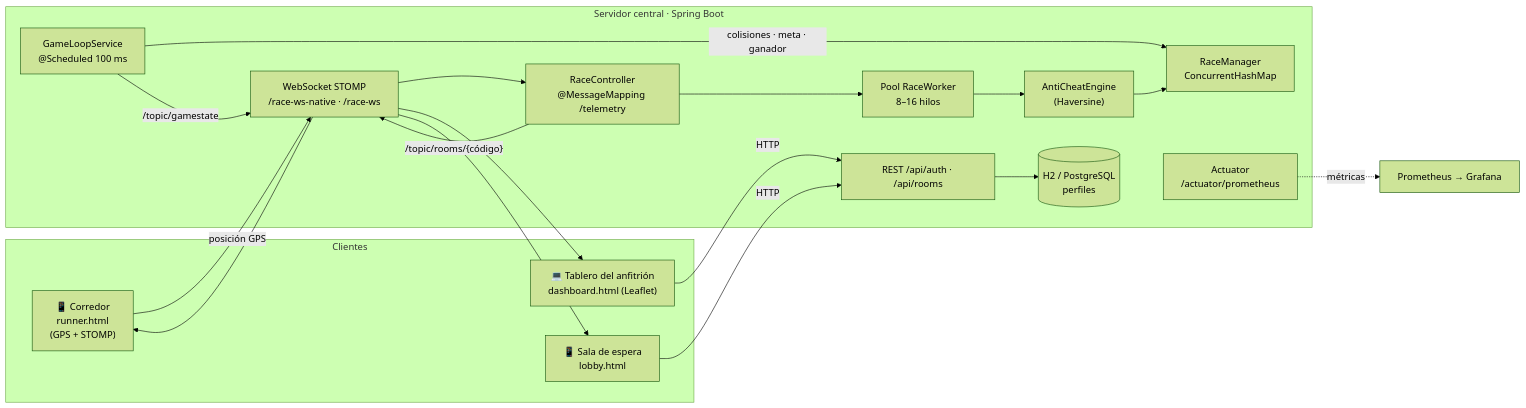
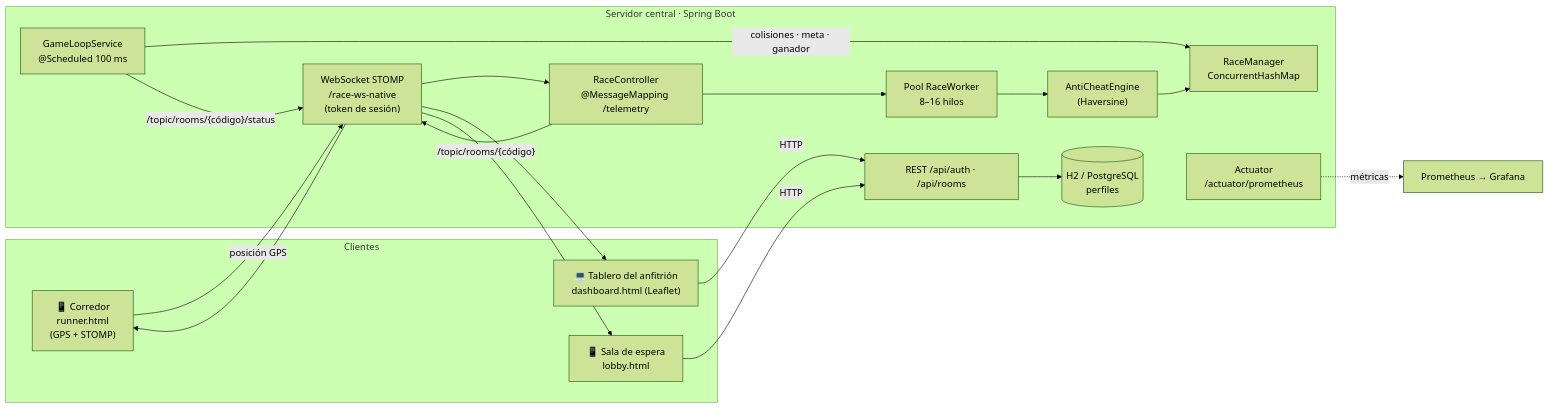
One commit to Cristian-Aristi/ECIRace_Go_The_Colombian_Race_Competence_is_Here changed the first of 2 diagrams in README.md. Above: the diagram before and after it, drawn with Mermaid (forest theme). The commit also changed other lines of this file and 41 other files, not shown here.

````diff
--- a/README.md
+++ b/README.md
@@ -83,28 +84,28 @@
 ```mermaid
 flowchart LR
     subgraph Clientes
         R["📱 Corredor<br/>runner.html<br/>(GPS + STOMP)"]
         L["📱 Sala de espera<br/>lobby.html"]
         D["💻 Tablero del anfitrión<br/>dashboard.html (Leaflet)"]
     end
 
     subgraph Servidor["Servidor central · Spring Boot"]
-        WS["WebSocket STOMP<br/>/race-ws-native · /race-ws"]
+        WS["WebSocket STOMP<br/>/race-ws-native<br/>(token de sesión)"]
         RC["RaceController<br/>@MessageMapping /telemetry"]
         POOL["Pool RaceWorker<br/>8–16 hilos"]
         AC["AntiCheatEngine<br/>(Haversine)"]
         RM["RaceManager<br/>ConcurrentHashMap"]
         GL["GameLoopService<br/>@Scheduled 100 ms"]
         API["REST /api/auth · /api/rooms"]
         DB[("H2 / PostgreSQL<br/>perfiles")]
         ACT["Actuator<br/>/actuator/prometheus"]
     end
 
     R -- "posición GPS" --> WS --> RC --> POOL --> AC --> RM
     GL -- "colisiones · meta · ganador" --> RM
-    GL -- "/topic/gamestate" --> WS
+    GL -- "/topic/rooms/{código}/status" --> WS
     RC -- "/topic/rooms/{código}" --> WS
     WS --> D & L & R
     L & D -- HTTP --> API --> DB
     ACT -. métricas .-> P["Prometheus → Grafana"]
 ```
````
